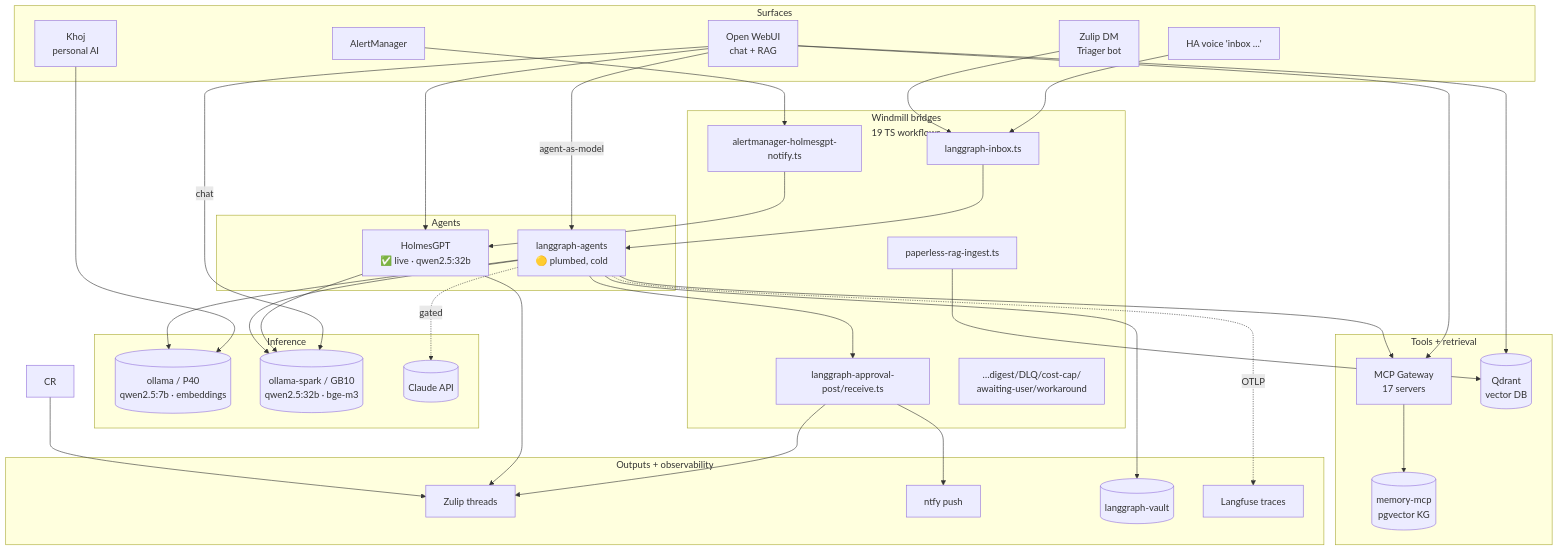
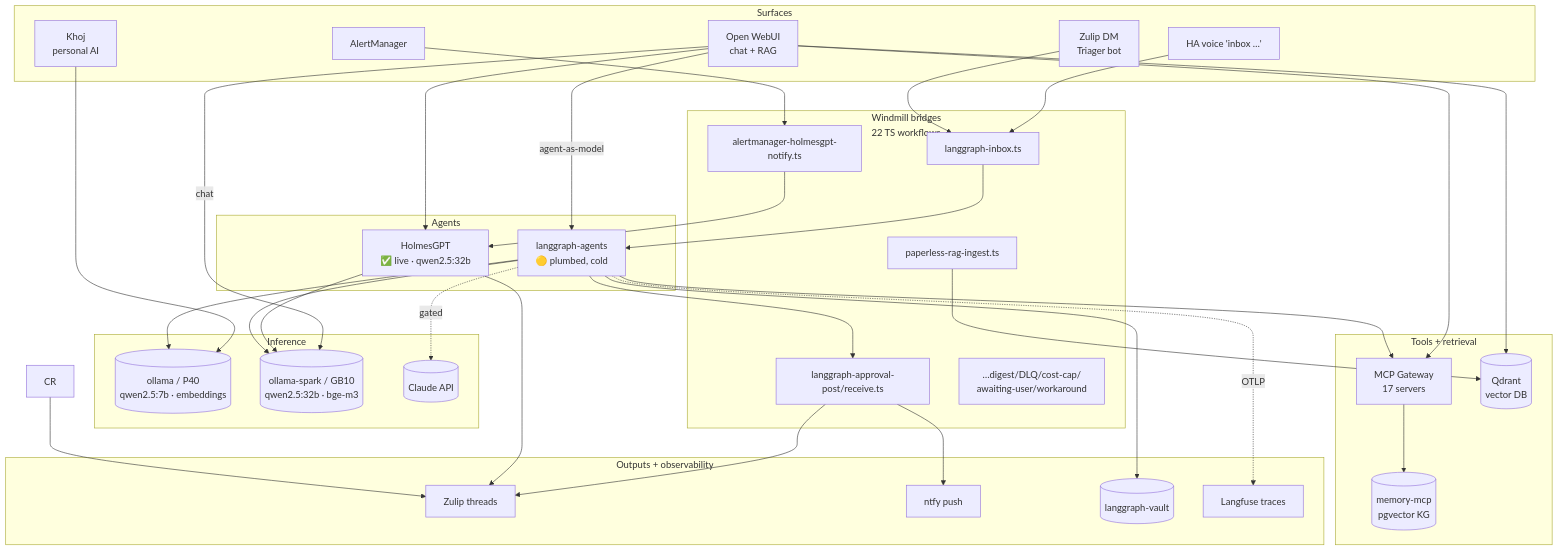
One commit to rwlove/home-ops changed the second of 3 diagrams in README.md. Above: the diagram before and after it, drawn with Mermaid. The commit also changed other lines of this file and 3 other files, not shown here.

````diff
--- a/README.md
+++ b/README.md
@@ -316,63 +316,63 @@
 ```mermaid
 flowchart TB
     subgraph Surfaces[Surfaces]
         OWUI[Open WebUI<br/>chat + RAG]
         Khoj[Khoj<br/>personal AI]
         Voice[HA voice 'inbox …']
         ZulipDM[Zulip DM<br/>Triager bot]
         AM[AlertManager]
     end
 
-    subgraph Bridges[Windmill bridges<br/>19 TS workflows]
+    subgraph Bridges[Windmill bridges<br/>22 TS workflows]
         WInbox[langgraph-inbox.ts]
         WAlert[alertmanager-holmesgpt-notify.ts]
         WApprove[langgraph-approval-post/receive.ts]
         WPaperless[paperless-rag-ingest.ts]
         WOther[…digest/DLQ/cost-cap/<br/>awaiting-user/workaround]
     end
 
     subgraph Agents[Agents]
         Holmes[HolmesGPT<br/>✅ live · qwen2.5:32b]
         LG[langgraph-agents<br/>🟡 plumbed, cold]
     end
 
     subgraph Inference[Inference]
         OllamaP40[(ollama / P40<br/>qwen2.5:7b · embeddings)]
         OllamaSpark[(ollama-spark / GB10<br/>qwen2.5:32b · bge-m3)]
         Claude[(Claude API)]
     end
 
     subgraph Tools[Tools + retrieval]
         Gw[MCP Gateway<br/>17 servers]
         Q[(Qdrant<br/>vector DB)]
         Mem[(memory-mcp<br/>pgvector KG)]
     end
 
     subgraph Outputs[Outputs + observability]
         Zulip[Zulip threads]
         Ntfy[ntfy push]
         Vault[(langgraph-vault)]
         LF[Langfuse traces]
     end
 
     Voice --> WInbox --> LG
     ZulipDM --> WInbox
     OWUI -->|chat| OllamaSpark
     OWUI -->|agent-as-model| LG
     OWUI --> Gw
     OWUI --> Holmes
     OWUI --> Q
     Khoj --> OllamaP40
     AM --> WAlert --> Holmes
     Holmes --> OllamaSpark
     LG --> OllamaSpark
     LG --> OllamaP40
     LG -.->|gated| Claude
     LG --> Gw --> Mem
     LG -.->|OTLP| LF
     WPaperless --> Q
     LG --> WApprove --> Zulip & Ntfy
     LG --> Vault
     Holmes --> Zulip
     CR --> Zulip
 ```
````
